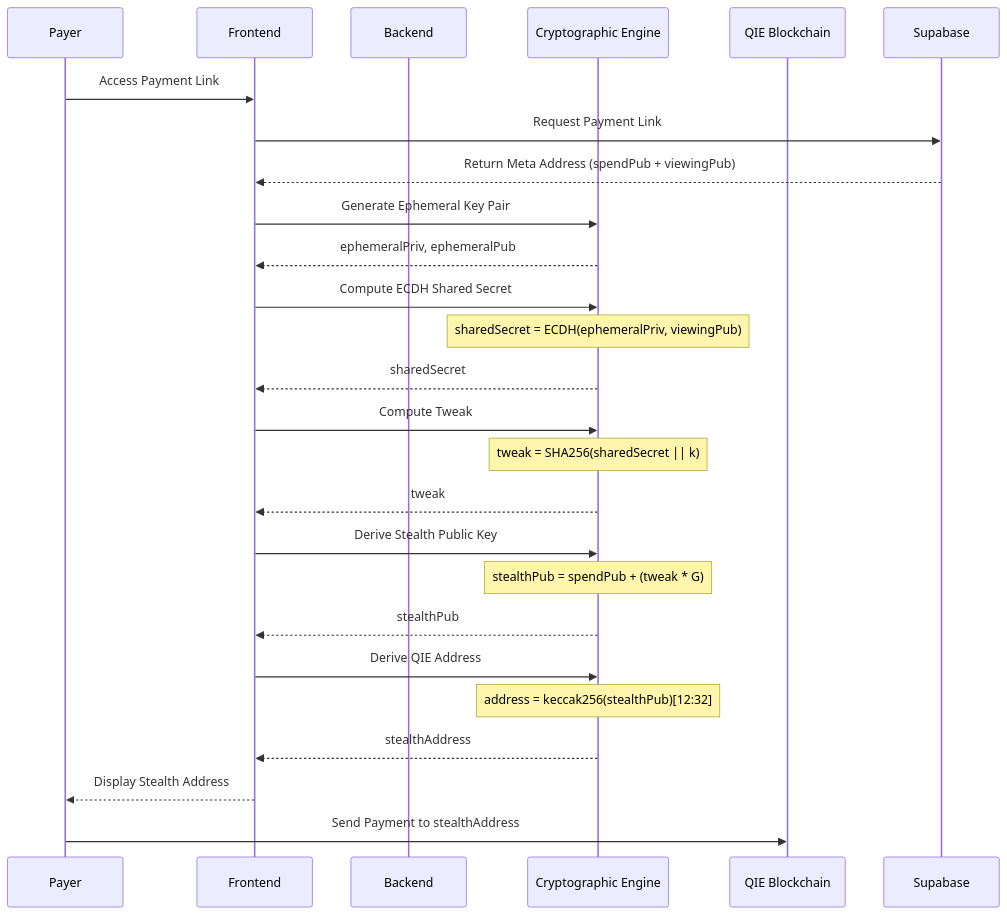
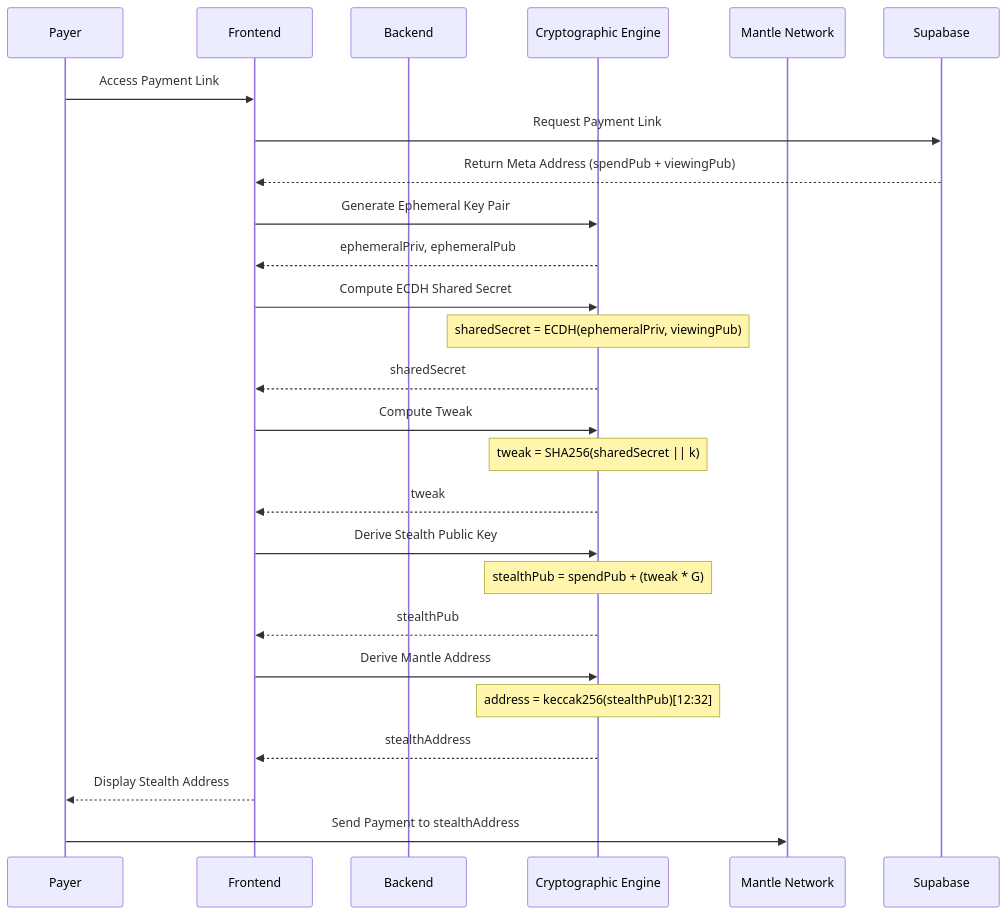
Before and after one commit to AmaanSayyad/Private-Pay-Mantle: the second of 8 diagrams in README.md, drawn with Mermaid. The commit also changed other lines of this file and 1 other file, not shown here.

First line of the commit message:
docs: Update README and add feature roadmap for Mantle hackathon

````diff
--- a/README.md
+++ b/README.md
@@ -304,34 +306,34 @@
 ```mermaid
 sequenceDiagram
     participant Payer
     participant Frontend
     participant Backend
     participant Crypto as Cryptographic Engine
-    participant QIE as QIE Blockchain
+    participant Mantle as Mantle Network
     
     Payer->>Frontend: Access Payment Link
     Frontend->>Supabase: Request Payment Link
     Supabase-->>Frontend: Return Meta Address (spendPub + viewingPub)
     
     Frontend->>Crypto: Generate Ephemeral Key Pair
     Crypto-->>Frontend: ephemeralPriv, ephemeralPub
     
     Frontend->>Crypto: Compute ECDH Shared Secret
     Note over Crypto: sharedSecret = ECDH(ephemeralPriv, viewingPub)
     Crypto-->>Frontend: sharedSecret
     
     Frontend->>Crypto: Compute Tweak
     Note over Crypto: tweak = SHA256(sharedSecret || k)
     Crypto-->>Frontend: tweak
     
     Frontend->>Crypto: Derive Stealth Public Key
     Note over Crypto: stealthPub = spendPub + (tweak * G)
     Crypto-->>Frontend: stealthPub
     
-    Frontend->>Crypto: Derive QIE Address
+    Frontend->>Crypto: Derive Mantle Address
     Note over Crypto: address = keccak256(stealthPub)[12:32]
     Crypto-->>Frontend: stealthAddress
     
     Frontend-->>Payer: Display Stealth Address
-    Payer->>QIE: Send Payment to stealthAddress
+    Payer->>Mantle: Send Payment to stealthAddress
 ```
````
